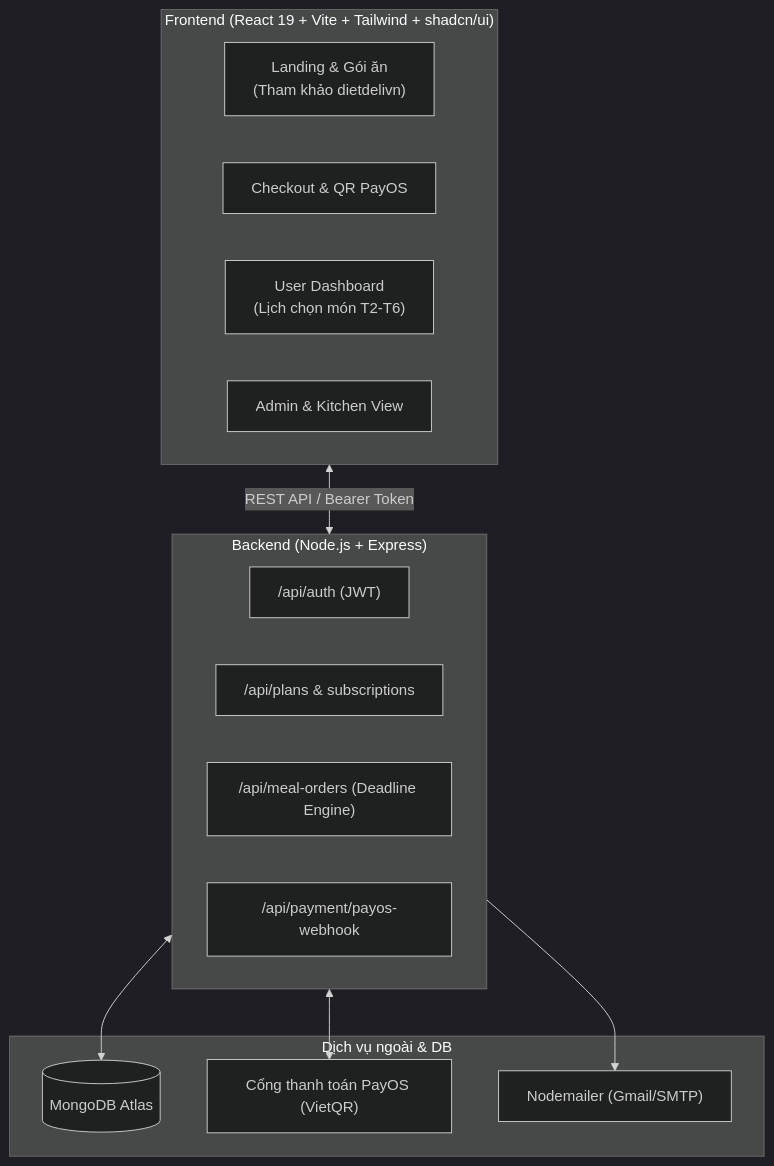
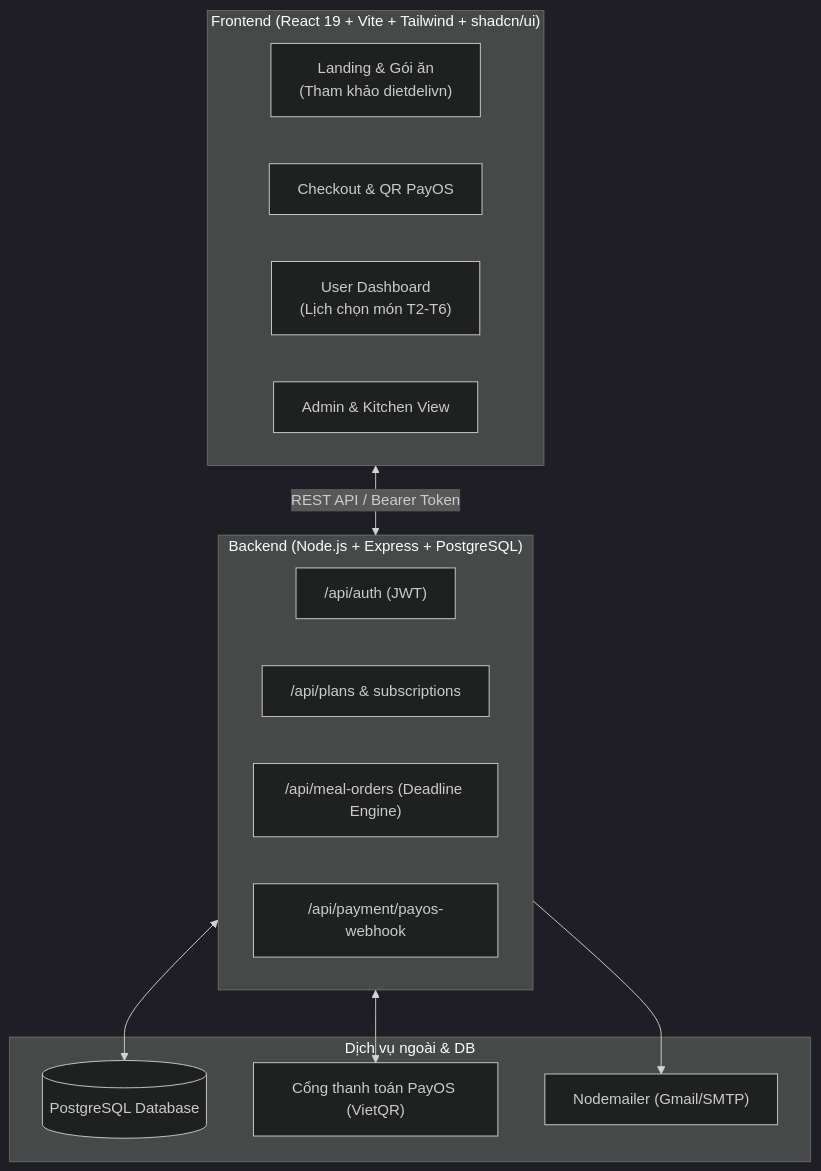
The first of 2 diagrams in README.md (chrislethedimsum/dietdeli-2), drawn with Mermaid (dark theme) before and after one commit. The commit also changed other lines of this file, not shown here.

````diff
--- a/README.md
+++ b/README.md
@@ -10,27 +10,27 @@
 ```mermaid
 flowchart TD
     subgraph Client["Frontend (React 19 + Vite + Tailwind + shadcn/ui)"]
         Landing["Landing & Gói ăn\n(Tham khảo dietdelivn)"]
         Checkout["Checkout & QR PayOS"]
         Dashboard["User Dashboard\n(Lịch chọn món T2-T6)"]
         AdminUI["Admin & Kitchen View"]
     end
 
-    subgraph Server["Backend (Node.js + Express)"]
+    subgraph Server["Backend (Node.js + Express + PostgreSQL)"]
         AuthAPI["/api/auth (JWT)"]
         PlanAPI["/api/plans & subscriptions"]
         OrderAPI["/api/meal-orders (Deadline Engine)"]
         PayOSWebhook["/api/payment/payos-webhook"]
     end
 
     subgraph External["Dịch vụ ngoài & DB"]
-        MongoDB[(MongoDB Atlas)]
+        PostgreSQL[(PostgreSQL Database)]
         PayOSGateway["Cổng thanh toán PayOS (VietQR)"]
         Mailer["Nodemailer (Gmail/SMTP)"]
     end
 
     Client <-->|REST API / Bearer Token| Server
-    Server <--> MongoDB
+    Server <--> PostgreSQL
     Server <--> PayOSGateway
     Server --> Mailer
 ```
````
